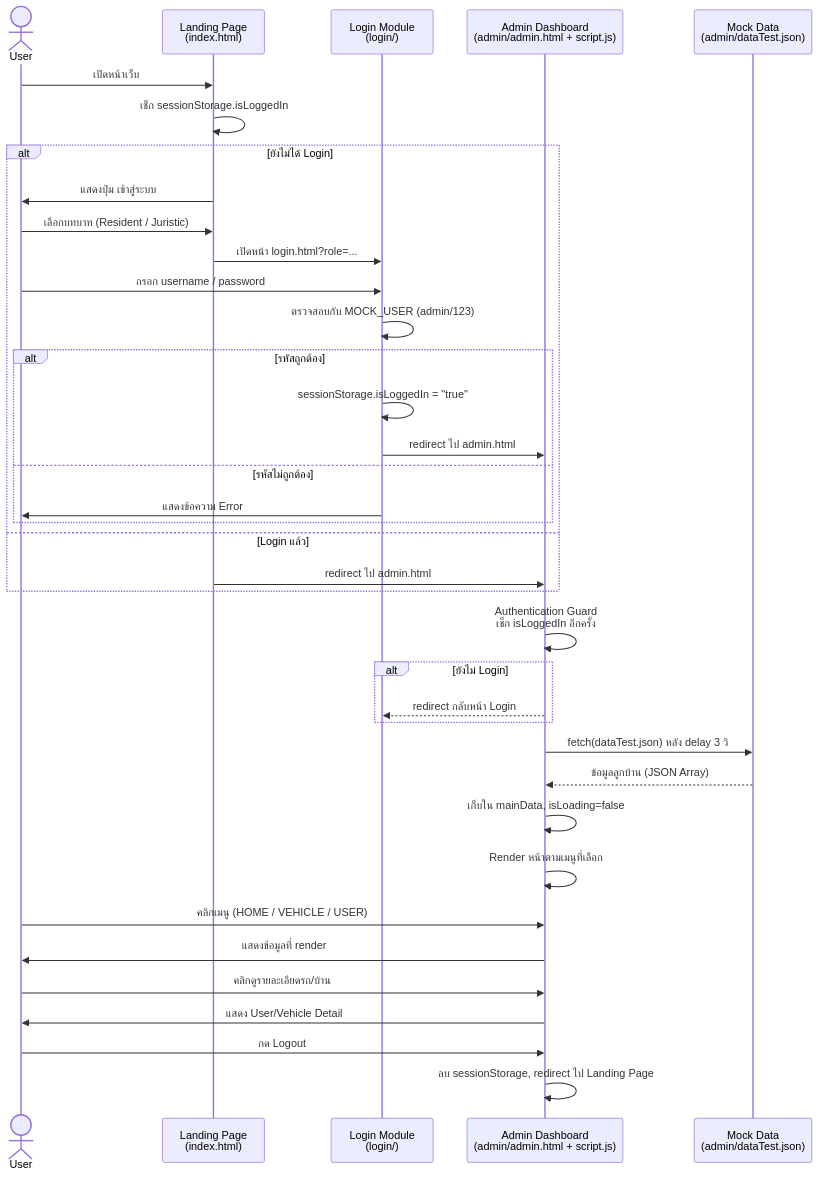
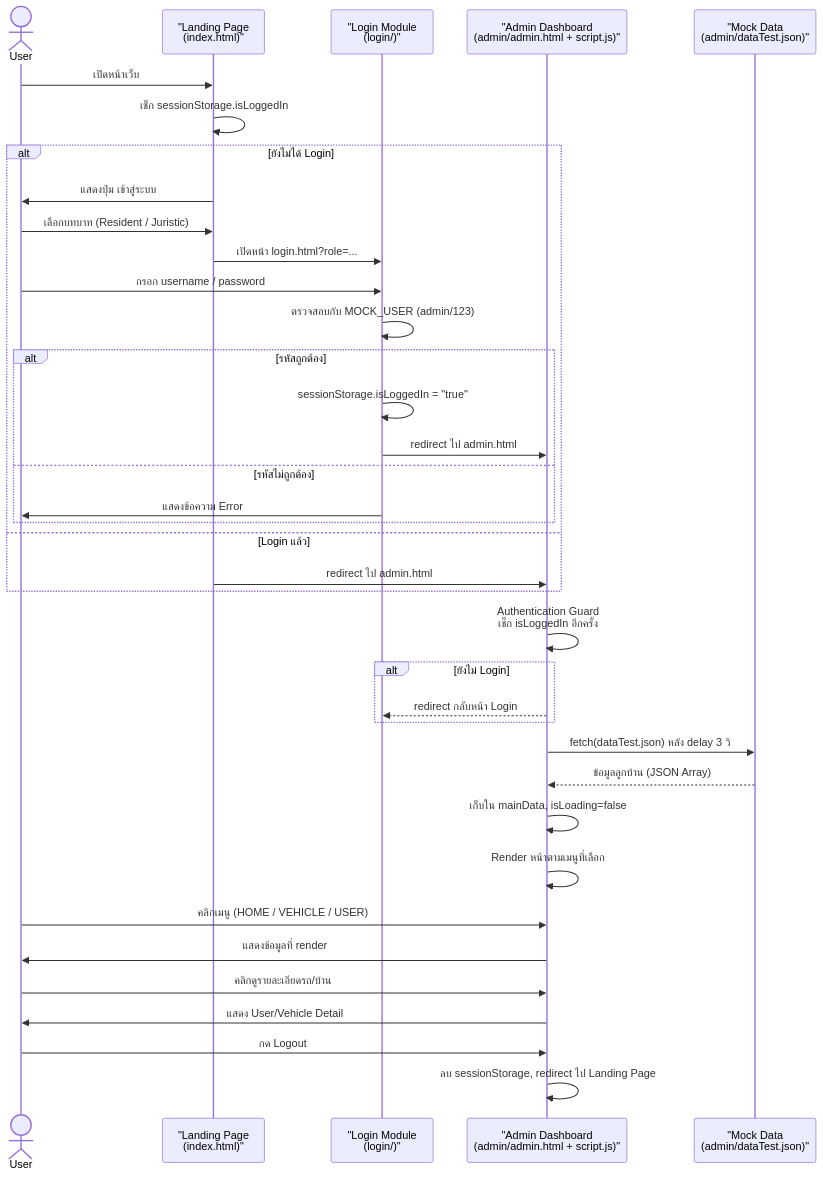
One commit to wallradon/Smart-village-vcces-System changed the second of 3 diagrams in wiki/Flowchart-Diagram.md. Above: the diagram before and after it, drawn with Mermaid. The commit also changed other lines of this file, not shown here.

Commit message:
fix: quote mermaid node and participant labels with parentheses

````diff
--- a/wiki/Flowchart-Diagram.md
+++ b/wiki/Flowchart-Diagram.md
@@ -47,41 +47,41 @@
 ```mermaid
 sequenceDiagram
     actor ผู้ใช้ as User
-    participant LP as Landing Page<br/>(index.html)
-    participant LG as Login Module<br/>(login/)
-    participant AD as Admin Dashboard<br/>(admin/admin.html + script.js)
-    participant JSON as Mock Data<br/>(admin/dataTest.json)
+    participant LP as "Landing Page<br/>(index.html)"
+    participant LG as "Login Module<br/>(login/)"
+    participant AD as "Admin Dashboard<br/>(admin/admin.html + script.js)"
+    participant JSON as "Mock Data<br/>(admin/dataTest.json)"
 
     ผู้ใช้->>LP: เปิดหน้าเว็บ
     LP->>LP: เช็ก sessionStorage.isLoggedIn
     alt ยังไม่ได้ Login
         LP->>ผู้ใช้: แสดงปุ่ม เข้าสู่ระบบ
         ผู้ใช้->>LP: เลือกบทบาท (Resident / Juristic)
         LP->>LG: เปิดหน้า login.html?role=...
         ผู้ใช้->>LG: กรอก username / password
         LG->>LG: ตรวจสอบกับ MOCK_USER (admin/123)
         alt รหัสถูกต้อง
             LG->>LG: sessionStorage.isLoggedIn = "true"
             LG->>AD: redirect ไป admin.html
         else รหัสไม่ถูกต้อง
             LG->>ผู้ใช้: แสดงข้อความ Error
         end
     else Login แล้ว
         LP->>AD: redirect ไป admin.html
     end
 
     AD->>AD: Authentication Guard<br/>เช็ก isLoggedIn อีกครั้ง
     alt ยังไม่ Login
         AD-->>LG: redirect กลับหน้า Login
     end
     AD->>JSON: fetch(dataTest.json) หลัง delay 3 วิ
     JSON-->>AD: ข้อมูลลูกบ้าน (JSON Array)
     AD->>AD: เก็บใน mainData, isLoading=false
     AD->>AD: Render หน้าตามเมนูที่เลือก
     ผู้ใช้->>AD: คลิกเมนู (HOME / VEHICLE / USER)
     AD->>ผู้ใช้: แสดงข้อมูลที่ render
     ผู้ใช้->>AD: คลิกดูรายละเอียดรถ/บ้าน
     AD->>ผู้ใช้: แสดง User/Vehicle Detail
     ผู้ใช้->>AD: กด Logout
     AD->>AD: ลบ sessionStorage, redirect ไป Landing Page
 ```
````
